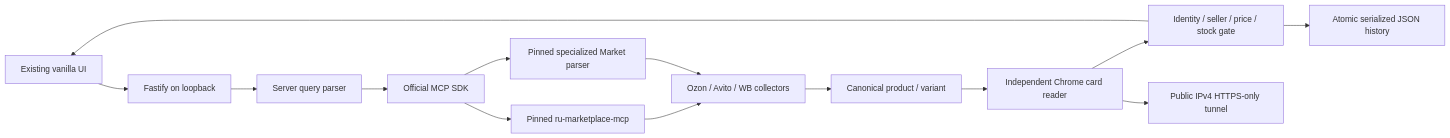
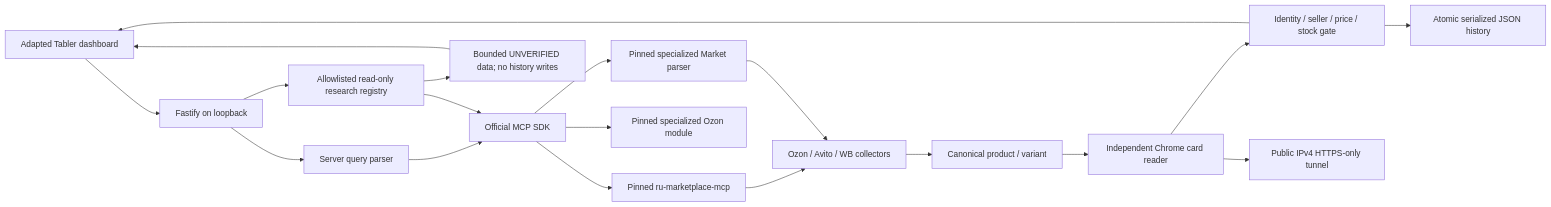
One commit to loftfull/marketplace-scout changed the diagram in docs/ARCHITECTURE.md. Above: the diagram before and after it, drawn with Mermaid. The commit also changed other lines of this file and 34 other files, not shown here.

Commit message:
feat: adapt Tabler terminal and expose native marketplace research

````diff
--- a/docs/ARCHITECTURE.md
+++ b/docs/ARCHITECTURE.md
@@ -3,16 +3,21 @@
 ```mermaid
 flowchart LR
-  UI[Existing vanilla UI] --> API[Fastify on loopback]
+  UI[Adapted Tabler dashboard] --> API[Fastify on loopback]
   API --> Query[Server query parser]
   Query --> MCP[Official MCP SDK]
   MCP --> RU[Pinned ru-marketplace-mcp]
   RU --> Discovery[Ozon / Avito / WB collectors]
   MCP --> YM[Pinned specialized Market parser]
+  API --> Research[Allowlisted read-only research registry]
+  Research --> MCP
+  Research --> Observation[Bounded UNVERIFIED data; no history writes]
+  Observation --> UI
+  MCP --> Ozon[Pinned specialized Ozon module]
   YM --> Discovery
   Discovery --> URLs[Canonical product / variant]
   URLs --> Browser[Independent Chrome card reader]
   Browser --> Verify[Identity / seller / price / stock gate]
   Verify --> History[Atomic serialized JSON history]
   Verify --> UI
   Browser --> Egress[Public IPv4 HTTPS-only tunnel]
 ```
````
